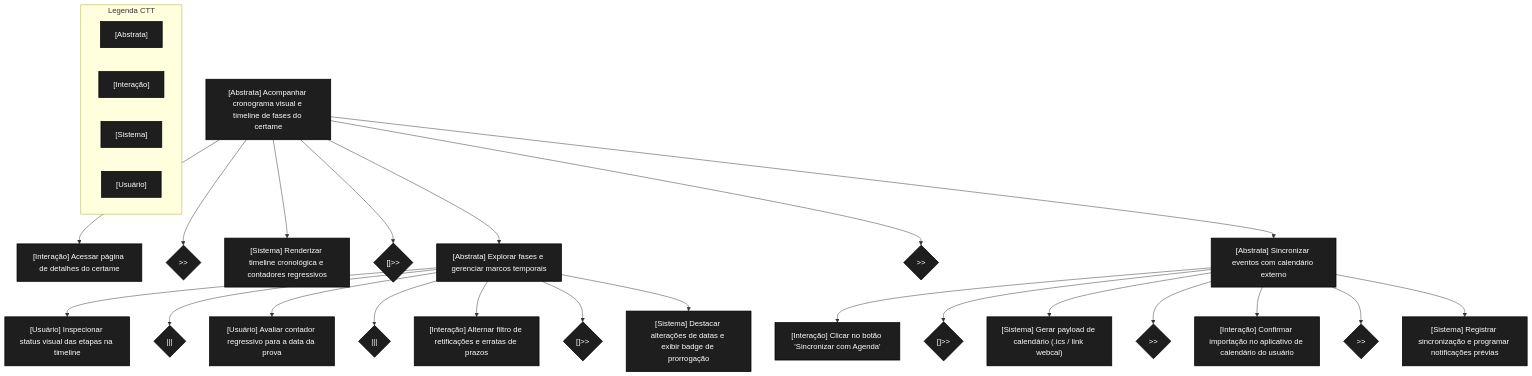
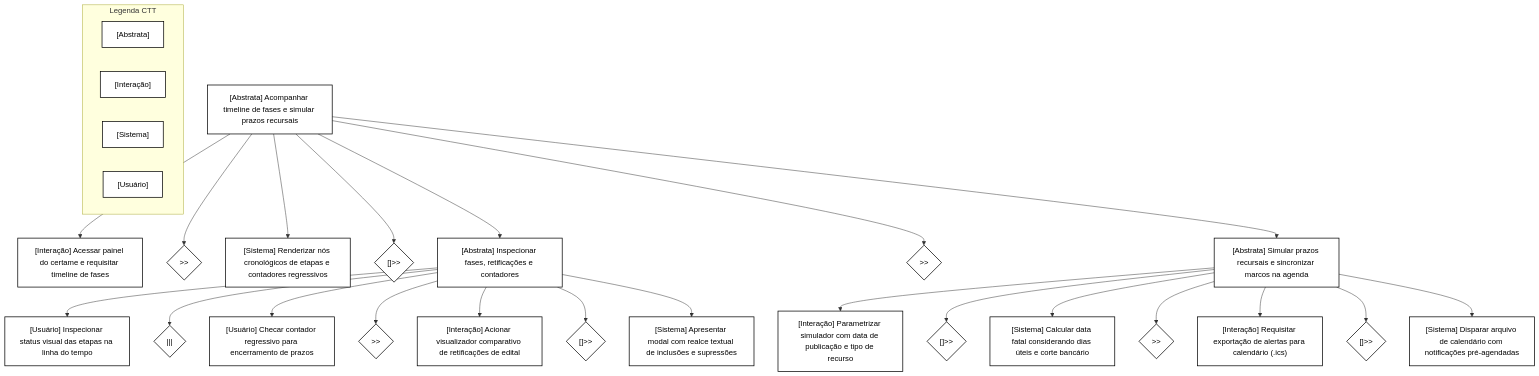
Before and after one commit to Interacao-Humano-Computador/2026.2-Grupo07: the fourth of 8 diagrams in docs/analise-de-requisitos/analise-de-tarefas/ctt.md, drawn with Mermaid. The commit also changed other lines of this file and 7 other files, not shown here.

````diff
--- a/docs/analise-de-requisitos/analise-de-tarefas/ctt.md
+++ b/docs/analise-de-requisitos/analise-de-tarefas/ctt.md
@@ -352,63 +439,63 @@
 ```mermaid
 flowchart TD
-    classDef default fill:#1e1e1e,stroke:#000000,stroke-width:1.5px,color:#ffffff;
+    classDef default fill:#ffffff,stroke:#000000,stroke-width:1.5px,color:#000000;
     subgraph Legenda ["Legenda CTT"]
         direction LR
         L_Abs["[Abstrata]"]
         L_Int["[Interação]"]
         L_Sis["[Sistema]"]
         L_Usu["[Usuário]"]
     end
 
-    Root4["[Abstrata] Acompanhar cronograma visual e timeline de fases do certame"]
+    Root4["[Abstrata] Acompanhar timeline de fases e simular prazos recursais"]
 
-    Q1["[Interação] Acessar página de detalhes do certame"]
+    Q1["[Interação] Acessar painel do certame e requisitar timeline de fases"]
     QOp1{">>"}
-    Q2["[Sistema] Renderizar timeline cronológica e contadores regressivos"]
+    Q2["[Sistema] Renderizar nós cronológicos de etapas e contadores regressivos"]
     QOp2{"[]>>"}
-    Q3["[Abstrata] Explorar fases e gerenciar marcos temporais"]
+    Q3["[Abstrata] Inspecionar fases, retificações e contadores"]
     QOp3{">>"}
-    Q4["[Abstrata] Sincronizar eventos com calendário externo"]
+    Q4["[Abstrata] Simular prazos recursais e sincronizar marcos na agenda"]
 
     Root4 --> Q1
     Root4 --> QOp1
     Root4 --> Q2
     Root4 --> QOp2
     Root4 --> Q3
     Root4 --> QOp3
     Root4 --> Q4
 
-    %% Decomposição de Q3 (Explorar fases e gerenciar marcos)
-    Q3_1["[Usuário] Inspecionar status visual das etapas na timeline"]
+    %% Decomposição de Q3 (Inspeção de etapas e retificações)
+    Q3_1["[Usuário] Inspecionar status visual das etapas na linha do tempo"]
     Q3_Op1{"|||"}
-    Q3_2["[Usuário] Avaliar contador regressivo para a data da prova"]
-    Q3_Op2{"|||"}
-    Q3_3["[Interação] Alternar filtro de retificações e erratas de prazos"]
+    Q3_2["[Usuário] Checar contador regressivo para encerramento de prazos"]
+    Q3_Op2{">>"}
+    Q3_3["[Interação] Acionar visualizador comparativo de retificações de edital"]
     Q3_Op3{"[]>>"}
-    Q3_4["[Sistema] Destacar alterações de datas e exibir badge de prorrogação"]
+    Q3_4["[Sistema] Apresentar modal com realce textual de inclusões e supressões"]
 
     Q3 --> Q3_1
     Q3 --> Q3_Op1
     Q3 --> Q3_2
     Q3 --> Q3_Op2
     Q3 --> Q3_3
     Q3 --> Q3_Op3
     Q3 --> Q3_4
 
-    %% Decomposição de Q4 (Sincronização de calendário)
-    Q4_1["[Interação] Clicar no botão 'Sincronizar com Agenda'"]
+    %% Decomposição de Q4 (Simulação e sincronização)
+    Q4_1["[Interação] Parametrizar simulador com data de publicação e tipo de recurso"]
     Q4_Op1{"[]>>"}
-    Q4_2["[Sistema] Gerar payload de calendário (.ics / link webcal)"]
+    Q4_2["[Sistema] Calcular data fatal considerando dias úteis e corte bancário"]
     Q4_Op2{">>"}
-    Q4_3["[Interação] Confirmar importação no aplicativo de calendário do usuário"]
-    Q4_Op3{">>"}
-    Q4_4["[Sistema] Registrar sincronização e programar notificações prévias"]
+    Q4_3["[Interação] Requisitar exportação de alertas para calendário (.ics)"]
+    Q4_Op3{"[]>>"}
+    Q4_4["[Sistema] Disparar arquivo de calendário com notificações pré-agendadas"]
 
     Q4 --> Q4_1
     Q4 --> Q4_Op1
     Q4 --> Q4_2
     Q4 --> Q4_Op2
     Q4 --> Q4_3
     Q4 --> Q4_Op3
     Q4 --> Q4_4
 ```
````
